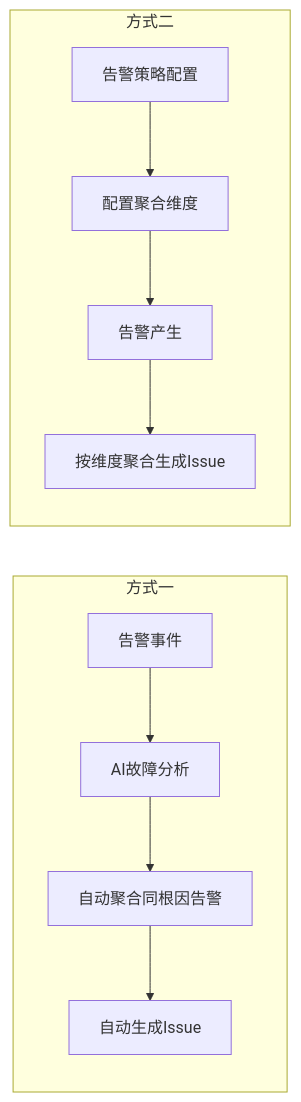
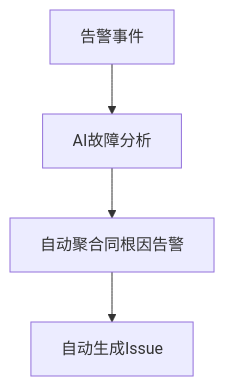
One commit to HACK-WU/bk-monitor changed the second of 9 diagrams in bkmonitor/docs/issues_feature_guide.md. Above: the diagram before and after it, drawn with Mermaid. The commit also changed other lines of this file and 60 other files, not shown here.

````diff
--- a/bkmonitor/docs/issues_feature_guide.md
+++ b/bkmonitor/docs/issues_feature_guide.md
@@ -49,14 +51,6 @@
 ```mermaid
-graph LR
-    subgraph 方式一
-        A1[告警事件] --> A2[AI故障分析]
-        A2 --> A3[自动聚合同根因告警]
-        A3 --> A4[自动生成Issue]
-    end
-    
-    subgraph 方式二
-        B1[告警策略配置] --> B2[配置聚合维度]
-        B2 --> B3[告警产生]
-        B3 --> B4[按维度聚合生成Issue]
-    end
+graph TD
+  A1[告警事件] --> A2[AI故障分析]
+  A2 --> A3[自动聚合同根因告警]
+  A3 --> A4[自动生成Issue]
 ```
````
